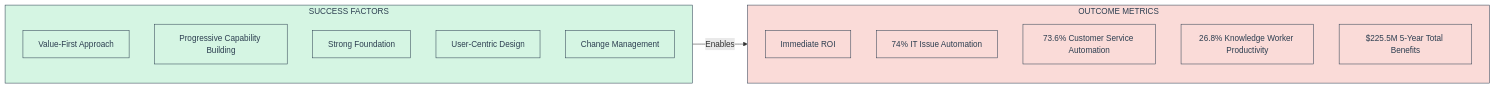
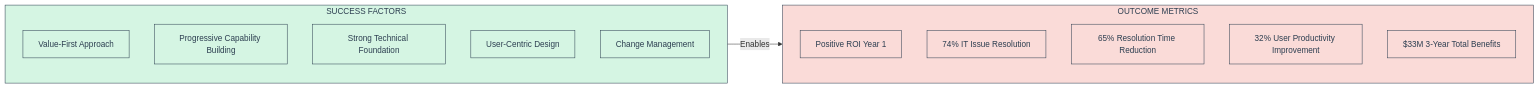
Diagram 21 of 21 in ME.ai_FDD_Impl Strategy & Business Value.md (ME-ai-agents/docs_prod), drawn with Mermaid before and after one commit. The commit also changed other lines of this file, not shown here.

````diff
--- a/ME.ai_FDD_Impl Strategy & Business Value.md
+++ b/ME.ai_FDD_Impl Strategy & Business Value.md
@@ -1166,26 +1086,26 @@
 ```mermaid
 flowchart LR
     subgraph SF["SUCCESS FACTORS"]
         VF["Value-First Approach"]
         PC["Progressive Capability Building"]
-        SF1["Strong Foundation"]
+        SF1["Strong Technical Foundation"]
         UD["User-Centric Design"]
         CM["Change Management"]
     end
     
     subgraph OM["OUTCOME METRICS"]
-        ROI["Immediate ROI"]
-        BI["74% IT Issue Automation"]
-        CS["73.6% Customer Service Automation"]
-        KW["26.8% Knowledge Worker Productivity"]
-        TP["$225.5M 5-Year Total Benefits"]
+        ROI["Positive ROI Year 1"]
+        BI["74% IT Issue Resolution"]
+        PE["65% Resolution Time Reduction"]
+        UP["32% User Productivity Improvement"]
+        TP["$33M 3-Year Total Benefits"]
     end
     
     SF -->|"Enables"| OM
     
     classDef sfNode fill:#D5F5E3,stroke:#2C3E50,stroke-width:1px,color:#2C3E50
     classDef omNode fill:#FADBD8,stroke:#2C3E50,stroke-width:1px,color:#2C3E50
     
     class SF,VF,PC,SF1,UD,CM sfNode
-    class OM,ROI,BI,CS,KW,TP omNode
+    class OM,ROI,BI,PE,UP,TP omNode
 ```
````
